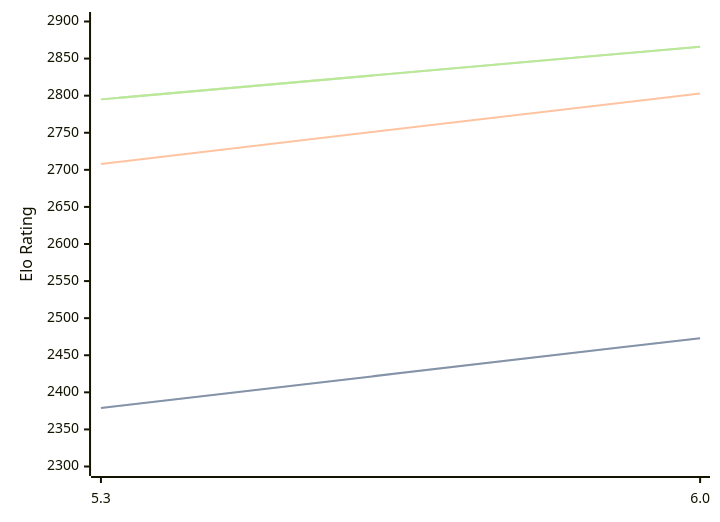
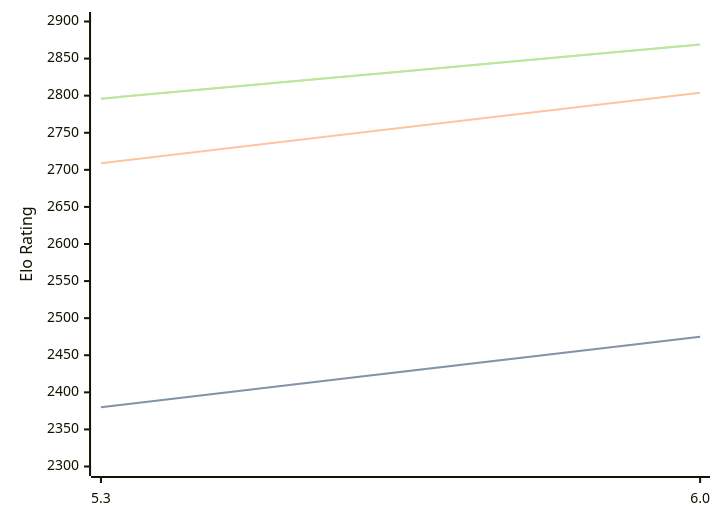
The third of 3 diagrams in engines/tomitankChess.md (computer-chess-index/cci), drawn with Mermaid before and after one commit. The commit also changed other lines of this file, not shown here.

Commit message:
Update CCI Ratings (ELO VLTC) - 2026-06-30

````diff
--- a/engines/tomitankChess.md
+++ b/engines/tomitankChess.md
@@ -73,11 +73,11 @@
 ```mermaid
 %%{init: {"theme":"base","themeVariables":{"seriesColors:['#a3a3a3','#222221','#faa371']}}}%%
 xychart-beta
   x-axis ["5.3", "6.0"]
   y-axis "Elo Rating" 2300 --> 2900
-  line "STC (8.0+0.08s)" [2379, 2473]
-  line "STC (8.0+0.08s)" [2379, 2473]
-  line "LTC (60.0+0.60s)" [2708, 2803]
-  line "VLTC (2m24s+1.12s)" [2795, 2866]
-  line "VLTC (2m24s+1.12s)" [2795, 2866]
+  line "STC (8.0+0.08s)" [2380, 2475]
+  line "STC (8.0+0.08s)" [2380, 2475]
+  line "LTC (60.0+0.60s)" [2709, 2804]
+  line "VLTC (2m24s+1.12s)" [2796, 2869]
+  line "VLTC (2m24s+1.12s)" [2796, 2869]
 ```
````
